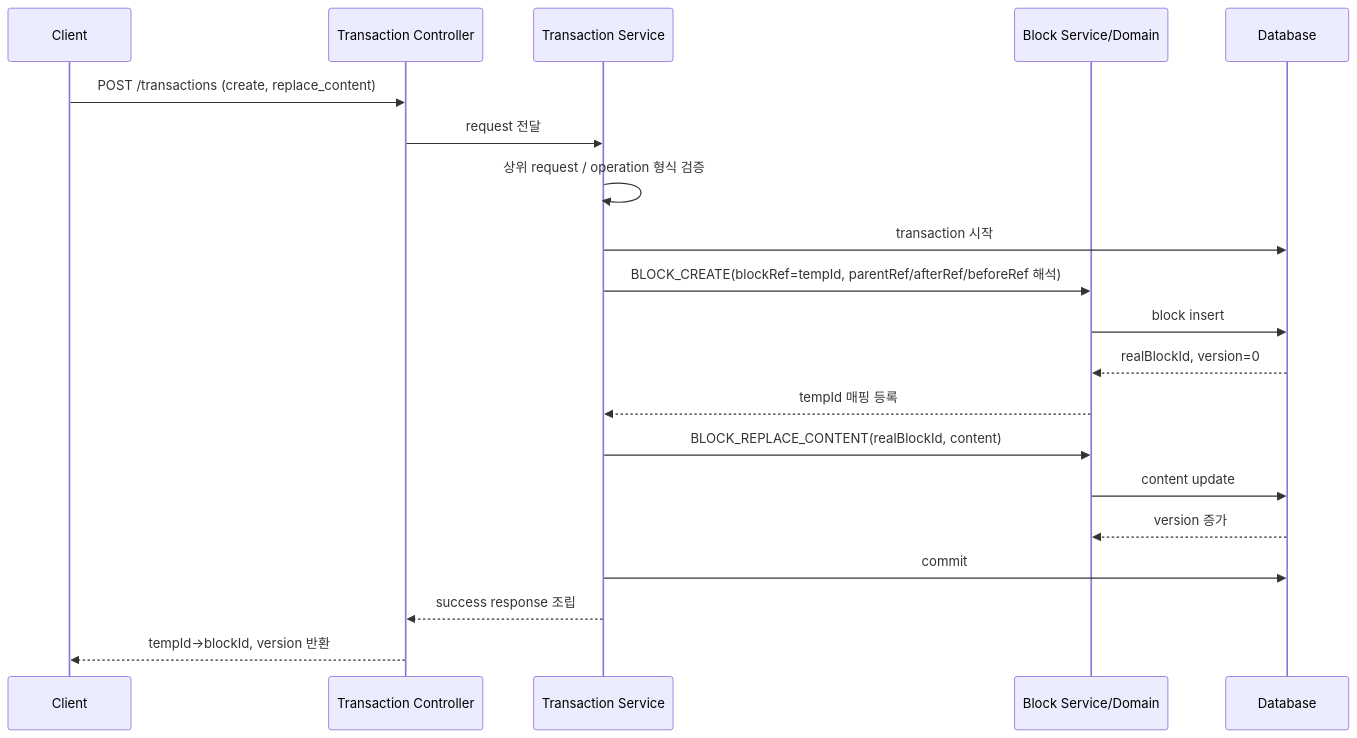
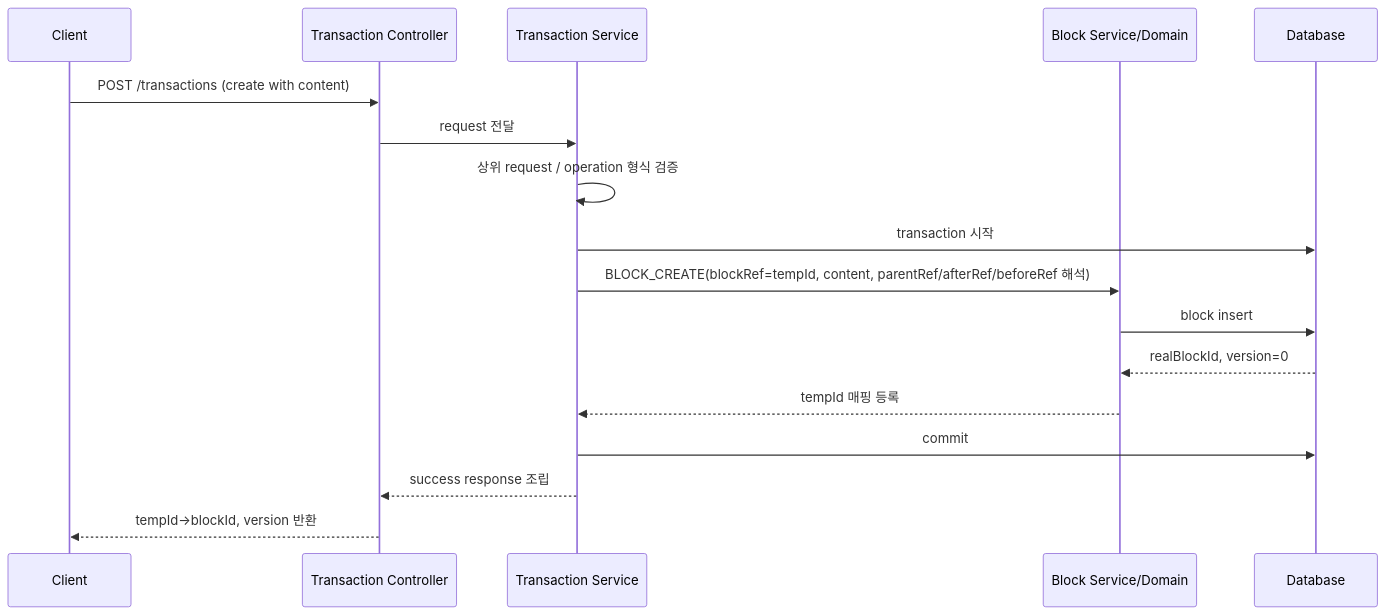
The first of 3 diagrams in docs/guides/backend-editor-transaction-processing-guide.md (jho951/service-editor), drawn with Mermaid before and after one commit. The commit also changed other lines of this file and 8 other files, not shown here.

````diff
--- a/docs/guides/backend-editor-transaction-processing-guide.md
+++ b/docs/guides/backend-editor-transaction-processing-guide.md
@@ -138,23 +138,20 @@
 ```mermaid
 sequenceDiagram
     participant C as Client
     participant API as Transaction Controller
     participant S as Transaction Service
     participant B as Block Service/Domain
     participant DB as Database
 
-    C->>API: POST /transactions (create, replace_content)
+    C->>API: POST /transactions (create with content)
     API->>S: request 전달
     S->>S: 상위 request / operation 형식 검증
     S->>DB: transaction 시작
-    S->>B: BLOCK_CREATE(blockRef=tempId, parentRef/afterRef/beforeRef 해석)
+    S->>B: BLOCK_CREATE(blockRef=tempId, content, parentRef/afterRef/beforeRef 해석)
     B->>DB: block insert
     DB-->>B: realBlockId, version=0
     B-->>S: tempId 매핑 등록
-    S->>B: BLOCK_REPLACE_CONTENT(realBlockId, content)
-    B->>DB: content update
-    DB-->>B: version 증가
     S->>DB: commit
     S-->>API: success response 조립
     API-->>C: tempId->blockId, version 반환
 ```
````
